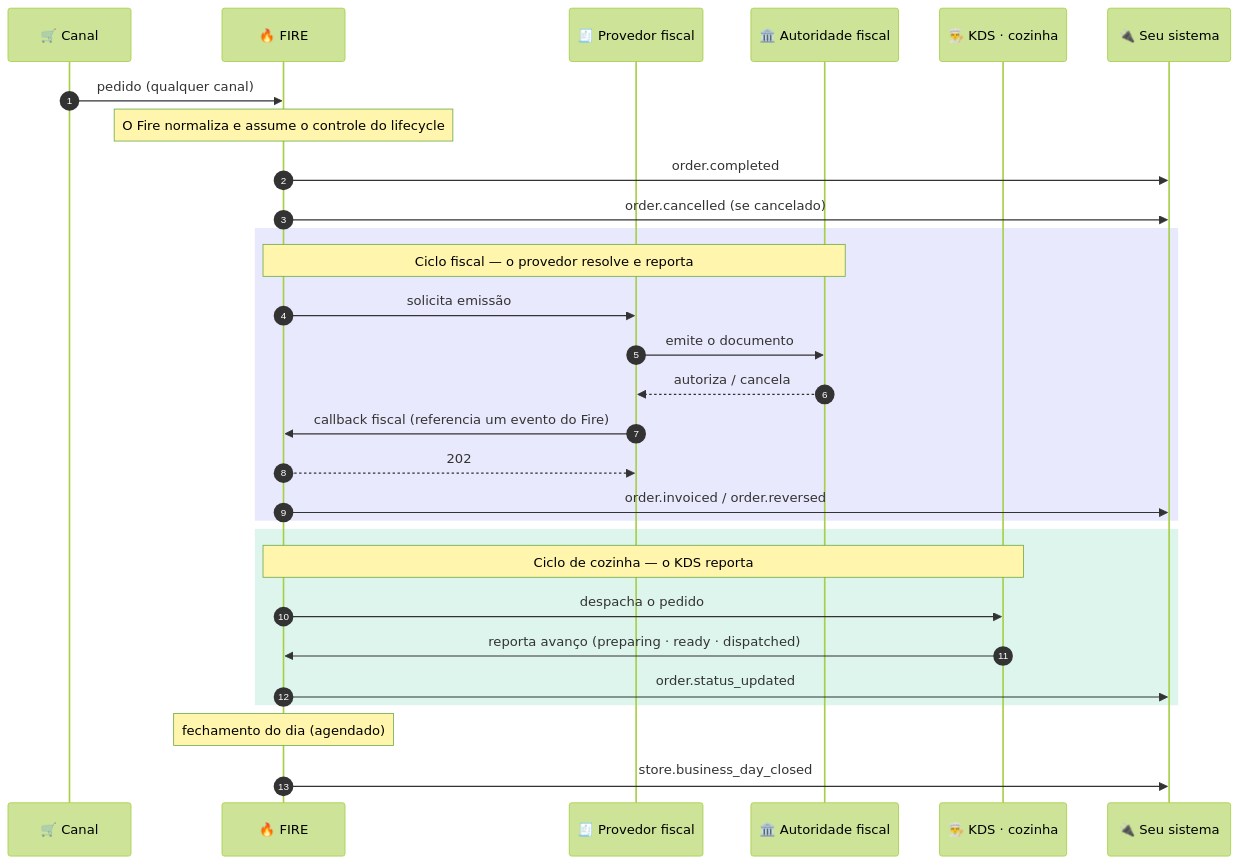
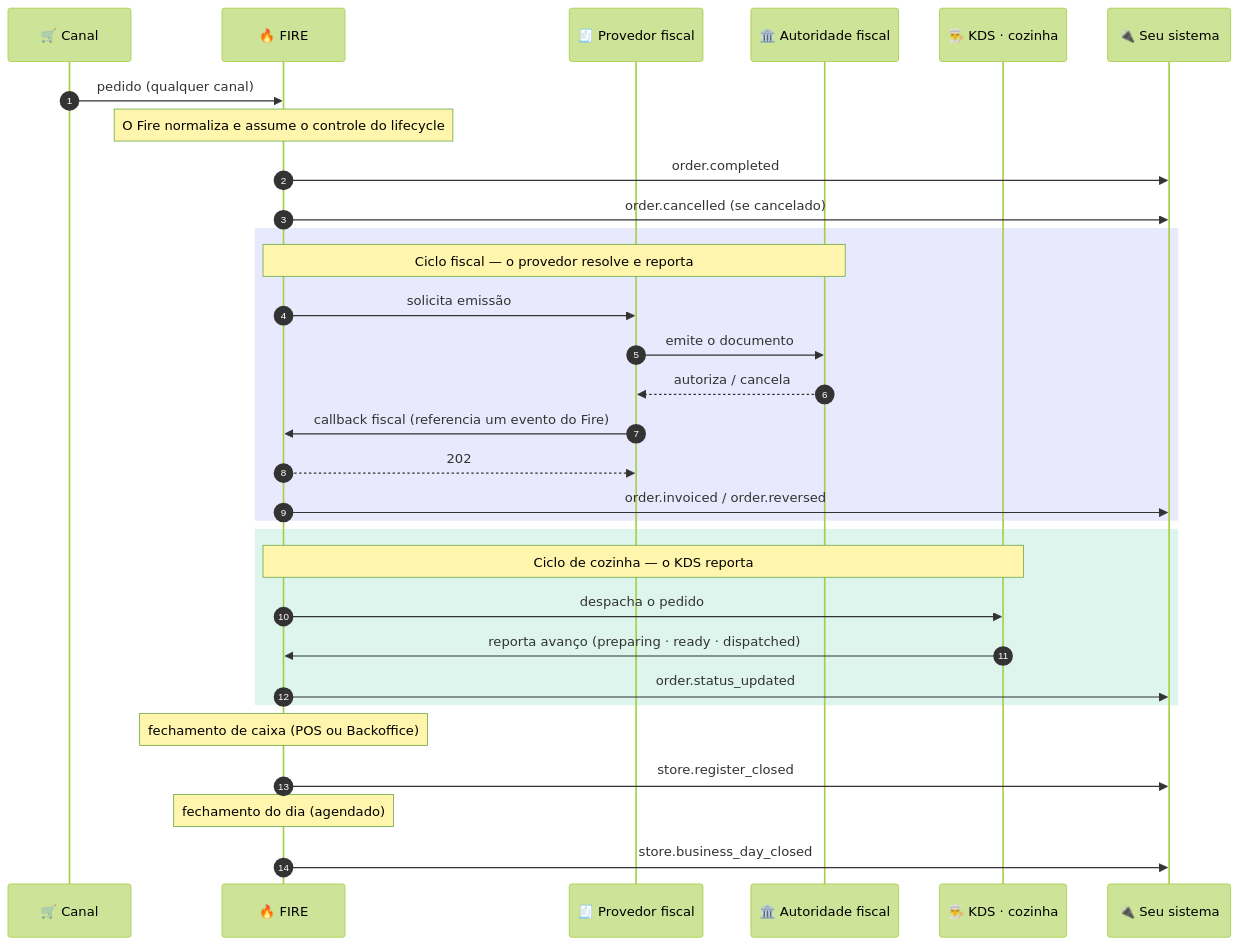
Before and after one commit to fire-rest/documentation: the first of 3 diagrams in pt/events/overview.mdx, drawn with Mermaid (forest theme). The commit also changed other lines of this file and 15 other files, not shown here.

First line of the commit message:
docs(caja): evento store.register_closed y vuelto fuera de caja en el cierre de día y la conciliación v2 (ES/EN/PT)

````diff
--- a/pt/events/overview.mdx
+++ b/pt/events/overview.mdx
@@ -24,35 +24,38 @@
 ```mermaid
 sequenceDiagram
     autonumber
     participant CH as 🛒 Canal
     participant F as 🔥 FIRE
     participant FP as 🧾 Provedor fiscal
     participant AU as 🏛️ Autoridade fiscal
     participant K as 👨‍🍳 KDS · cozinha
     participant Y as 🔌 Seu sistema
 
     CH->>F: pedido (qualquer canal)
     Note over F: O Fire normaliza e assume o controle do lifecycle
     F->>Y: order.completed
     F->>Y: order.cancelled (se cancelado)
 
     rect rgba(99, 102, 241, 0.14)
     Note over F,AU: Ciclo fiscal — o provedor resolve e reporta
     F->>FP: solicita emissão
     FP->>AU: emite o documento
     AU-->>FP: autoriza / cancela
     FP->>F: callback fiscal (referencia um evento do Fire)
     F-->>FP: 202
     F->>Y: order.invoiced / order.reversed
     end
 
     rect rgba(16, 185, 129, 0.14)
     Note over F,K: Ciclo de cozinha — o KDS reporta
     F->>K: despacha o pedido
     K->>F: reporta avanço (preparing · ready · dispatched)
     F->>Y: order.status_updated
     end
 
+    Note over F: fechamento de caixa (POS ou Backoffice)
+    F->>Y: store.register_closed
+
     Note over F: fechamento do dia (agendado)
     F->>Y: store.business_day_closed
 ```
````
